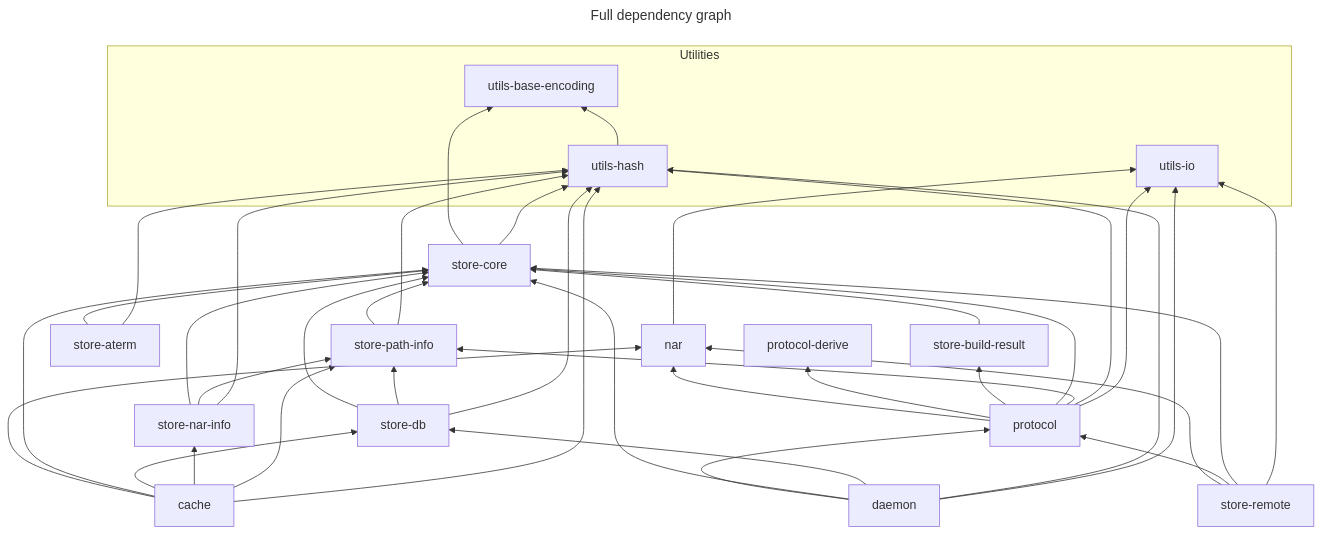
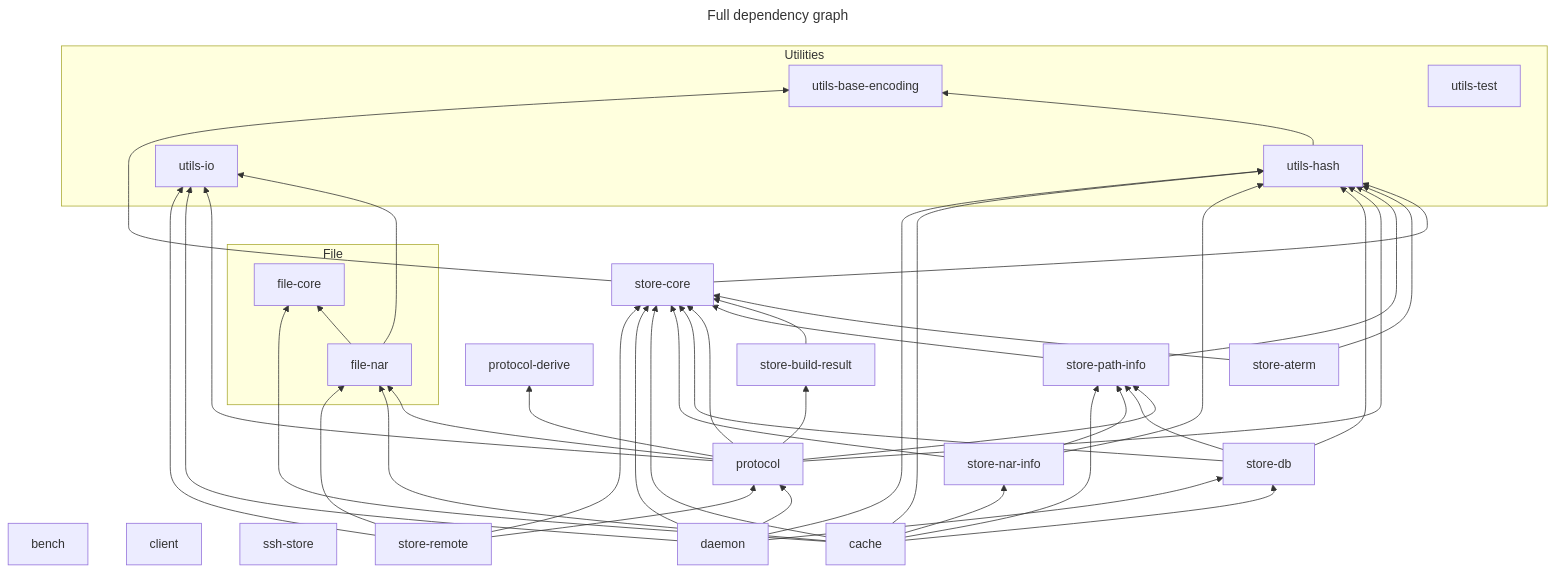
The first of 2 diagrams in docs/architecture/harmonia-store-structure.md (nix-community/harmonia), drawn with Mermaid before and after one commit. The commit also changed other lines of this file and 51 other files, not shown here.

First line of the commit message:
`harmonia-file-core` + `harmonia-file-nar` rename + narlist dedup

````diff
--- a/docs/architecture/harmonia-store-structure.md
+++ b/docs/architecture/harmonia-store-structure.md
@@ -74,48 +76,58 @@
 ```mermaid
 ---
 title: Full dependency graph
 ---
 graph BT
     subgraph Utilities
         utils-base-encoding
         utils-hash
         utils-io
+        utils-test
     end
-    nar --> utils-io
+    subgraph File
+        file-core
+        file-nar
+    end
+    bench
+    client
+    ssh-store
+    file-nar --> file-core
+    file-nar --> utils-io
     utils-hash --> utils-base-encoding
     store-core --> utils-base-encoding
     store-core --> utils-hash
     store-aterm --> store-core
     store-aterm --> utils-hash
     store-build-result --> store-core
     store-path-info --> store-core
     store-path-info --> utils-hash
-    protocol --> nar
+    protocol --> file-nar
     protocol --> protocol-derive
     protocol --> store-build-result
     protocol --> store-core
     protocol --> store-path-info
     protocol --> utils-hash
     protocol --> utils-io
     store-db --> store-core
     store-db --> store-path-info
     store-db --> utils-hash
     store-nar-info --> store-core
     store-nar-info --> store-path-info
     store-nar-info --> utils-hash
-    cache --> nar
+    cache --> file-core
+    cache --> file-nar
     cache --> store-core
     cache --> store-db
     cache --> store-nar-info
     cache --> store-path-info
     cache --> utils-hash
     daemon --> protocol
     daemon --> store-core
     daemon --> store-db
     daemon --> utils-hash
     daemon --> utils-io
-    store-remote --> nar
+    store-remote --> file-nar
     store-remote --> protocol
     store-remote --> store-core
     store-remote --> utils-io
 ```
````
